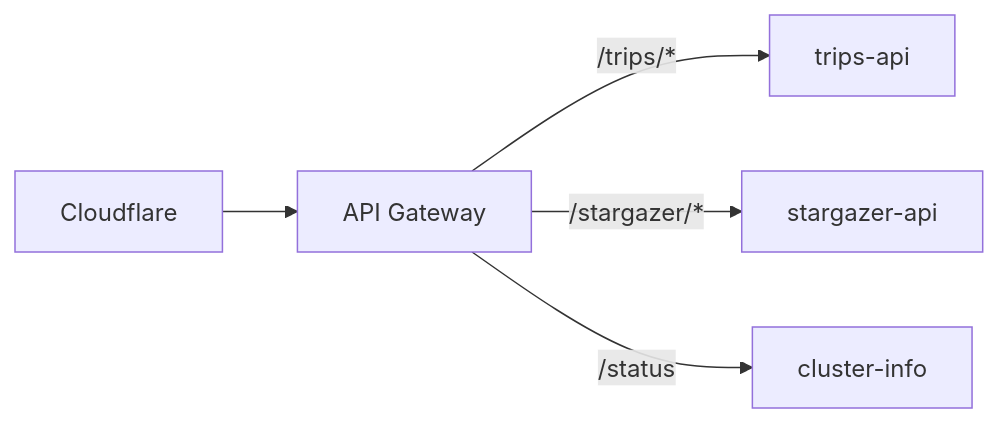
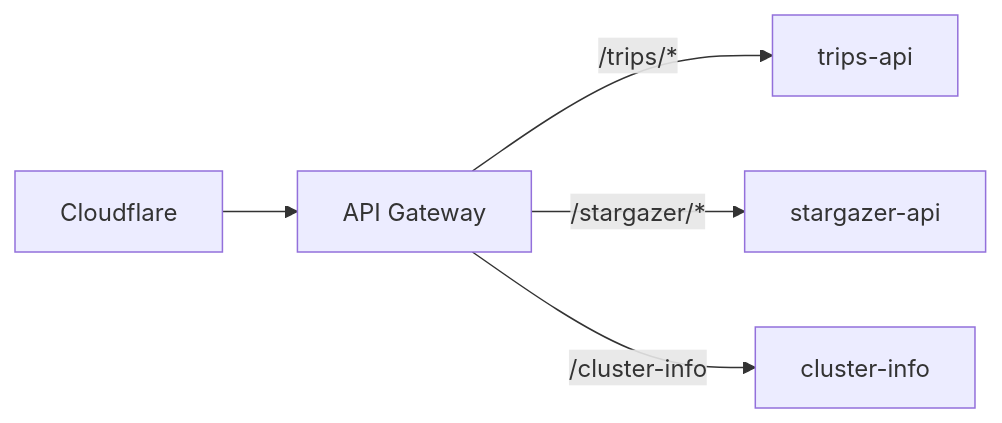
One commit to jomcgi/homelab changed the diagram in projects/agent_platform/api_gateway/README.md. Above: the diagram before and after it, drawn with Mermaid. The commit also changed other lines of this file and 1 other file, not shown here.

Commit message:
docs(agent_platform): fix README inaccuracies

````diff
--- a/projects/agent_platform/api_gateway/README.md
+++ b/projects/agent_platform/api_gateway/README.md
@@ -9,7 +9,7 @@
 ```mermaid
 flowchart LR
     CF[Cloudflare] --> GW[API Gateway]
     GW -->|/trips/*| Trips[trips-api]
     GW -->|/stargazer/*| Star[stargazer-api]
-    GW -->|/status| Status[cluster-info]
+    GW -->|/cluster-info| Status[cluster-info]
 ```
````
